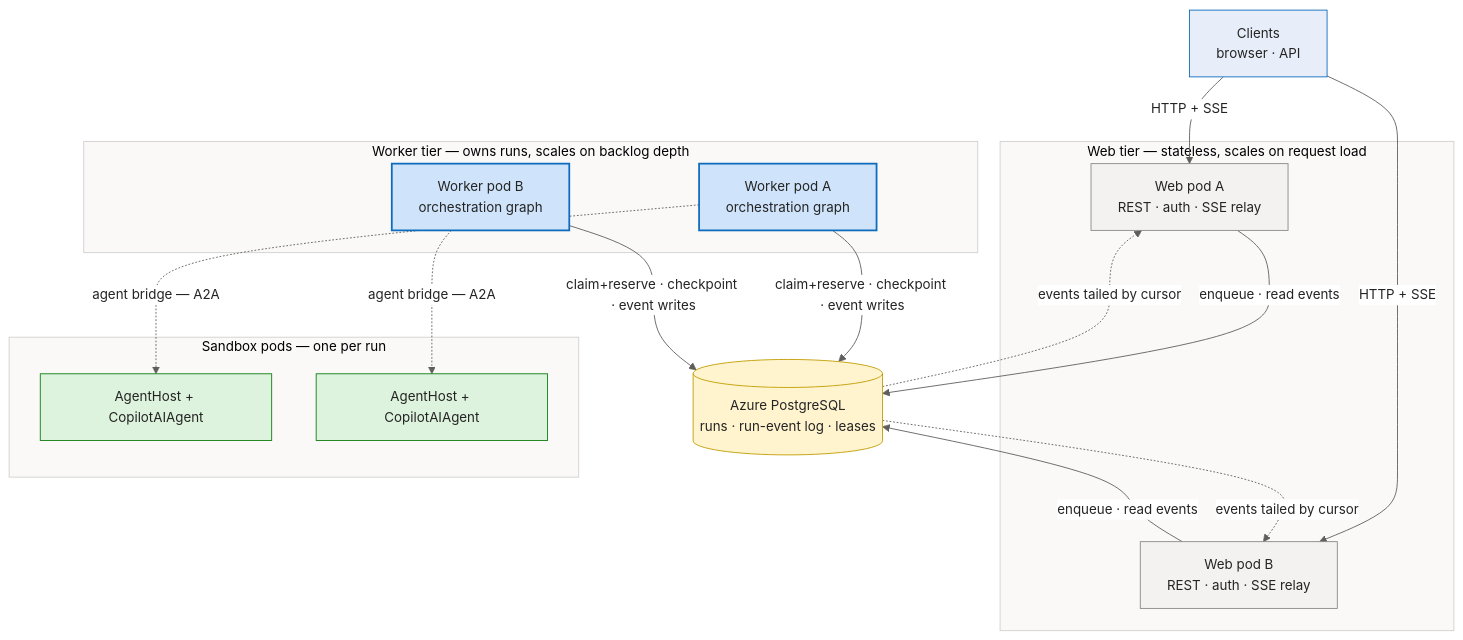
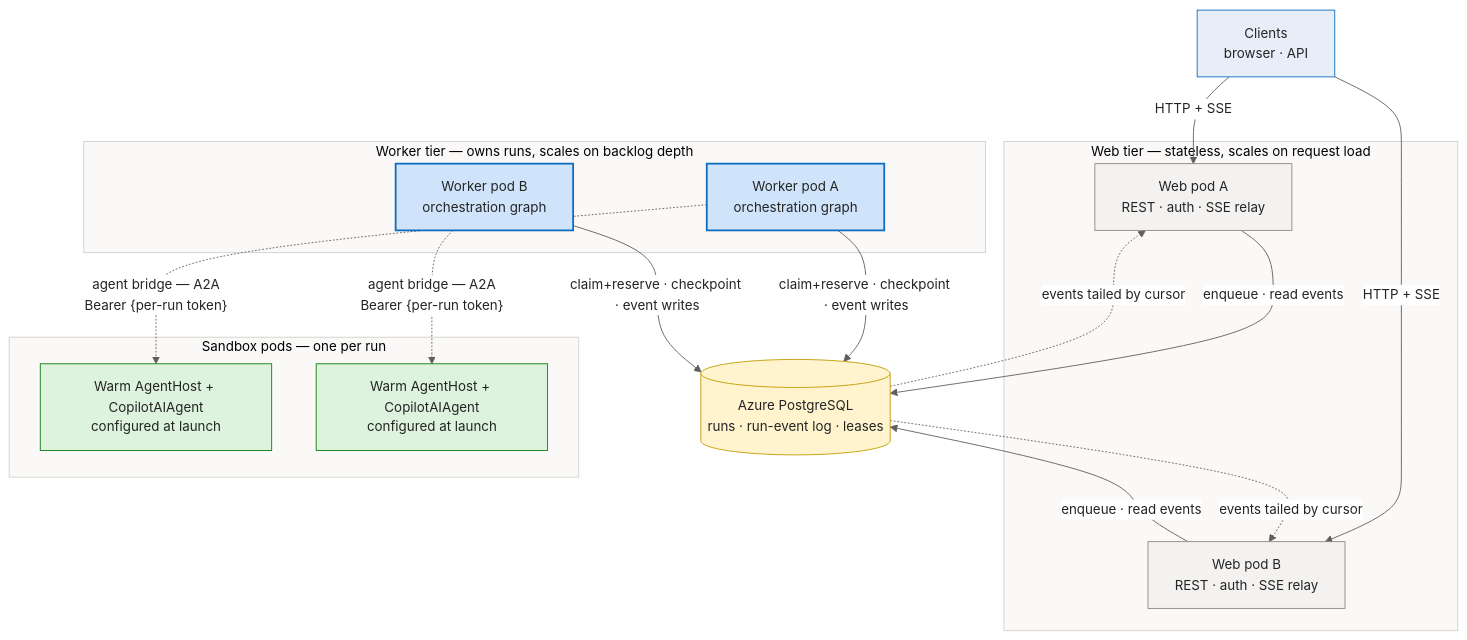
The third of 5 diagrams in docs/deep-dive/distributed-execution-scaling.md (sabbour/agentweaver), drawn with Mermaid before and after one commit. The commit also changed other lines of this file and 40 other files, not shown here.

````diff
--- a/docs/deep-dive/distributed-execution-scaling.md
+++ b/docs/deep-dive/distributed-execution-scaling.md
@@ -121,46 +121,46 @@
 ```mermaid
 %%{init: {'theme':'base','themeVariables':{'fontFamily':'Segoe UI, system-ui, -apple-system, sans-serif','fontSize':'15px','primaryColor':'#E8EEF9','primaryBorderColor':'#0F6CBD','primaryTextColor':'#242424','lineColor':'#605E5C','clusterBkg':'#FAF9F8','clusterBorder':'#D2D0CE','edgeLabelBackground':'#FFFFFF'}}}%%
 flowchart TB
     Client["Clients<br/>browser · API"]
 
     subgraph WebTier["Web tier — stateless, scales on request load"]
         WebA["Web pod A<br/>REST · auth · SSE relay"]
         WebB["Web pod B<br/>REST · auth · SSE relay"]
     end
     subgraph WorkerTier["Worker tier — owns runs, scales on backlog depth"]
         W1["Worker pod A<br/>orchestration graph"]
         W2["Worker pod B<br/>orchestration graph"]
     end
     subgraph Pods["Sandbox pods — one per run"]
-        Pod1["AgentHost + CopilotAIAgent"]
-        Pod2["AgentHost + CopilotAIAgent"]
+        Pod1["Warm AgentHost + CopilotAIAgent<br/>configured at launch"]
+        Pod2["Warm AgentHost + CopilotAIAgent<br/>configured at launch"]
     end
     DB[("Azure PostgreSQL<br/>runs · run-event log · leases")]
 
     Client -->|HTTP + SSE| WebA
     Client -->|HTTP + SSE| WebB
     WebA -->|enqueue · read events| DB
     WebB -->|enqueue · read events| DB
     W1 -->|claim+reserve · checkpoint · event writes| DB
     W2 -->|claim+reserve · checkpoint · event writes| DB
-    W1 -. agent bridge — A2A .-> Pod1
-    W2 -. agent bridge — A2A .-> Pod2
+    W1 -. "agent bridge — A2A\nBearer {per-run token}" .-> Pod1
+    W2 -. "agent bridge — A2A\nBearer {per-run token}" .-> Pod2
     DB -. events tailed by cursor .-> WebA
     DB -. events tailed by cursor .-> WebB
 
     classDef client fill:#E8EEF9,stroke:#0F6CBD,stroke-width:1px,color:#242424;
     classDef svc fill:#F3F2F1,stroke:#8A8886,stroke-width:1px,color:#242424;
     classDef core fill:#CFE4FA,stroke:#0F6CBD,stroke-width:2px,color:#242424;
     classDef data fill:#FFF4CE,stroke:#C19C00,stroke-width:1px,color:#242424;
     classDef ext fill:#F0E8F8,stroke:#8764B8,stroke-width:1px,color:#242424;
     classDef runtime fill:#DDF3DD,stroke:#107C10,stroke-width:1px,color:#242424;
     classDef evt fill:#D6F0F0,stroke:#038387,stroke-width:1px,color:#242424;
     class Client client;
     class WebA svc;
     class WebB svc;
     class W1 core;
     class W2 core;
     class Pod1 runtime;
     class Pod2 runtime;
     class DB data;
 ```
````
